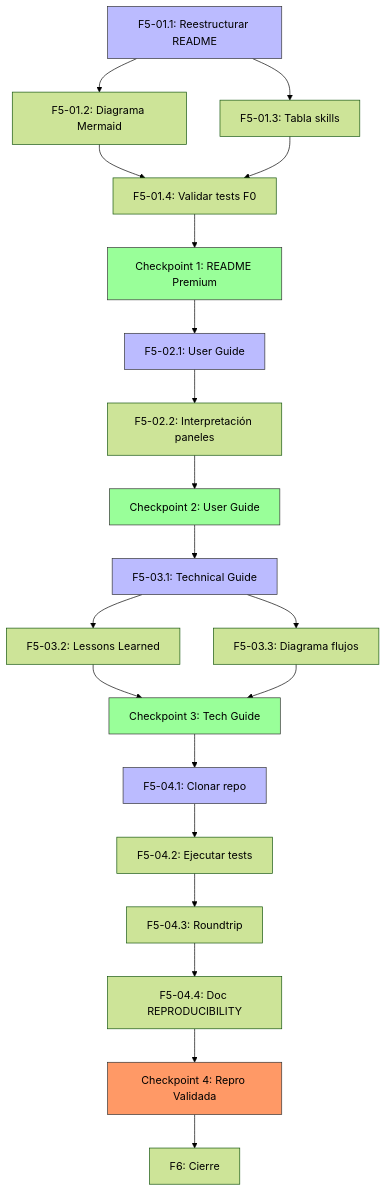
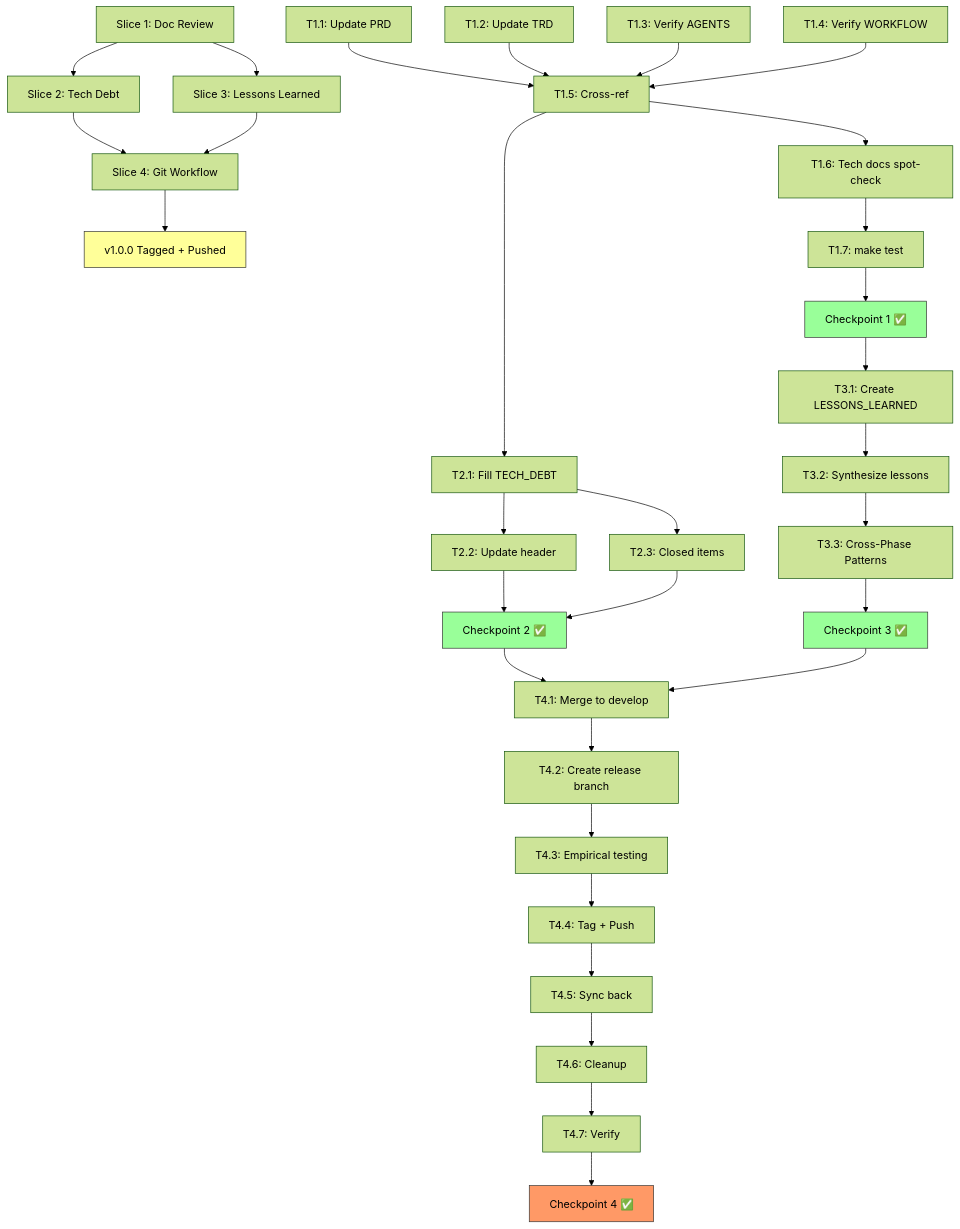
The diagram in tasks/plan.md (Fisherk2/dashboard-metabase-analiticas), drawn with Mermaid (forest theme) before and after one commit. The commit also changed other lines of this file and 1 other file, not shown here.

First line of the commit message:
feat(f6): establish execution plan for Cierre phase

````diff
--- a/tasks/plan.md
+++ b/tasks/plan.md
@@ -128,31 +144,47 @@
 ```mermaid
 graph TD
-    F5_01_1[F5-01.1: Reestructurar README] --> F5_01_2[F5-01.2: Diagrama Mermaid]
-    F5_01_1 --> F5_01_3[F5-01.3: Tabla skills]
-    F5_01_2 --> F5_01_4[F5-01.4: Validar tests F0]
-    F5_01_3 --> F5_01_4
-    F5_01_4 --> C1[Checkpoint 1: README Premium]
-    C1 --> F5_02_1[F5-02.1: User Guide]
-    F5_02_1 --> F5_02_2[F5-02.2: Interpretación paneles]
-    F5_02_2 --> C2[Checkpoint 2: User Guide]
-    C2 --> F5_03_1[F5-03.1: Technical Guide]
-    F5_03_1 --> F5_03_2[F5-03.2: Lessons Learned]
-    F5_03_1 --> F5_03_3[F5-03.3: Diagrama flujos]
-    F5_03_2 --> C3[Checkpoint 3: Tech Guide]
-    F5_03_3 --> C3
-    C3 --> F5_04_1[F5-04.1: Clonar repo]
-    F5_04_1 --> F5_04_2[F5-04.2: Ejecutar tests]
-    F5_04_2 --> F5_04_3[F5-04.3: Roundtrip]
-    F5_04_3 --> F5_04_4[F5-04.4: Doc REPRODUCIBILITY]
-    F5_04_4 --> C4[Checkpoint 4: Repro Validada]
-    C4 --> F6[F6: Cierre]
-
-    style F5_01_1 fill:#bbf,stroke:#333
-    style F5_02_1 fill:#bbf,stroke:#333
-    style F5_03_1 fill:#bbf,stroke:#333
-    style F5_04_1 fill:#bbf,stroke:#333
+    F6_01[Slice 1: Doc Review] --> F6_02[Slice 2: Tech Debt]
+    F6_01 --> F6_03[Slice 3: Lessons Learned]
+    F6_02 --> F6_04[Slice 4: Git Workflow]
+    F6_03 --> F6_04
+    F6_04 --> V100[v1.0.0 Tagged + Pushed]
+    
+    %% T1 tasks
+    F6_01_1[T1.1: Update PRD] --> F6_01_5[T1.5: Cross-ref]
+    F6_01_2[T1.2: Update TRD] --> F6_01_5
+    F6_01_3[T1.3: Verify AGENTS] --> F6_01_5
+    F6_01_4[T1.4: Verify WORKFLOW] --> F6_01_5
+    F6_01_5 --> F6_01_6[T1.6: Tech docs spot-check]
+    F6_01_6 --> F6_01_7[T1.7: make test]
+    F6_01_7 --> C1[Checkpoint 1 ✅]
+    
+    %% T2 tasks
+    F6_01_5 --> F6_02_1[T2.1: Fill TECH_DEBT]
+    F6_02_1 --> F6_02_2[T2.2: Update header]
+    F6_02_1 --> F6_02_3[T2.3: Closed items]
+    F6_02_2 --> C2[Checkpoint 2 ✅]
+    F6_02_3 --> C2
+    
+    %% T3 tasks
+    C1 --> F6_03_1[T3.1: Create LESSONS_LEARNED]
+    F6_03_1 --> F6_03_2[T3.2: Synthesize lessons]
+    F6_03_2 --> F6_03_3[T3.3: Cross-Phase Patterns]
+    F6_03_3 --> C3[Checkpoint 3 ✅]
+    
+    %% T4 tasks
+    C2 --> F6_04_1[T4.1: Merge to develop]
+    C3 --> F6_04_1
+    F6_04_1 --> F6_04_2[T4.2: Create release branch]
+    F6_04_2 --> F6_04_3[T4.3: Empirical testing]
+    F6_04_3 --> F6_04_4[T4.4: Tag + Push]
+    F6_04_4 --> F6_04_5[T4.5: Sync back]
+    F6_04_5 --> F6_04_6[T4.6: Cleanup]
+    F6_04_6 --> F6_04_7[T4.7: Verify]
+    F6_04_7 --> C4[Checkpoint 4 ✅]
+    
     style C1 fill:#9f9,stroke:#333
     style C2 fill:#9f9,stroke:#333
     style C3 fill:#9f9,stroke:#333
     style C4 fill:#f96,stroke:#333
+    style V100 fill:#ff9,stroke:#333
 ```
````
